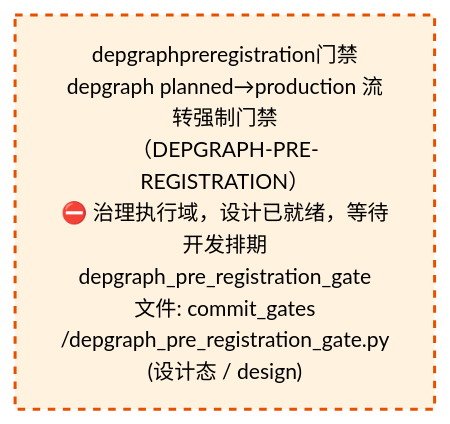
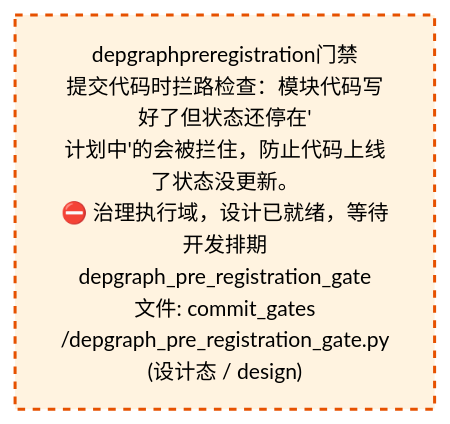
The third of 4 diagrams in docs/02_enterprise_architecture/02_domain_architecture_docs/53_d_gov_enforcement.md (xuanFelixVan/ZephyrAlpha), drawn with Mermaid before and after one commit. The commit also changed other lines of this file and 41 other files, not shown here.

````diff
--- a/docs/02_enterprise_architecture/02_domain_architecture_docs/53_d_gov_enforcement.md
+++ b/docs/02_enterprise_architecture/02_domain_architecture_docs/53_d_gov_enforcement.md
@@ -342,10 +342,10 @@
 ```mermaid
 %%{init: {'theme': 'base', 'themeVariables': {'primaryColor': '#eaeaea', 'primaryTextColor': '#333333', 'primaryBorderColor': '#666666', 'lineColor': '#666666', 'secondaryColor': '#eaeaea', 'tertiaryColor': '#eaeaea', 'fontSize': '14px'}}}%%
 flowchart TD
-    src_zephyr_gov_enforcement_commit_gates_depgraph_pre_registration_gate_py["depgraphpreregistration门禁<br/>depgraph planned→production 流转强制门禁<br/>（DEPGRAPH-PRE-REGISTRATION）<br/>⛔ 治理执行域，设计已就绪，等待开发排期<br/>depgraph_pre_registration_gate<br/>文件: commit_gates<br/>/depgraph_pre_registration_gate.py<br/>(设计态 / design)"]
+    src_zephyr_gov_enforcement_commit_gates_depgraph_pre_registration_gate_py["depgraphpreregistration门禁<br/>提交代码时拦路检查：模块代码写好了但状态还停在'<br/>计划中'的会被拦住，防止代码上线了状态没更新。<br/>⛔ 治理执行域，设计已就绪，等待开发排期<br/>depgraph_pre_registration_gate<br/>文件: commit_gates<br/>/depgraph_pre_registration_gate.py<br/>(设计态 / design)"]
     classDef production fill:#e1f5fe,stroke:#01579b,stroke-width:2px,color:#000
     classDef design fill:#fff3e0,stroke:#e65100,stroke-width:2px,color:#000,stroke-dasharray: 5 5
     classDef external_prod fill:#e8f4fd,stroke:#0277bd,stroke-width:1px,color:#000
     classDef external_design fill:#fff8e7,stroke:#ef6c00,stroke-width:1px,color:#000,stroke-dasharray: 5 5
     class src_zephyr_gov_enforcement_commit_gates_depgraph_pre_registration_gate_py design
 ```
````
